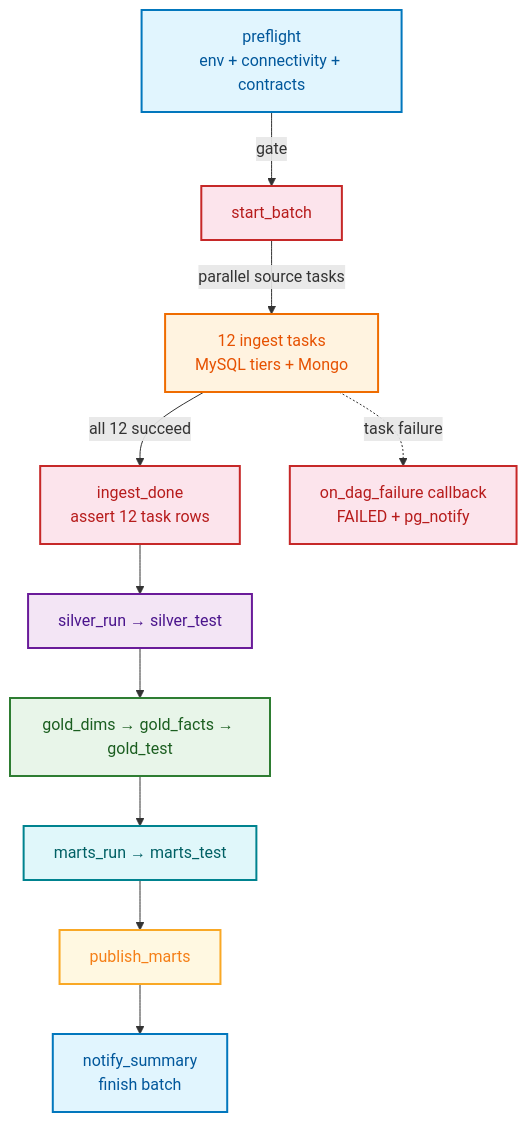
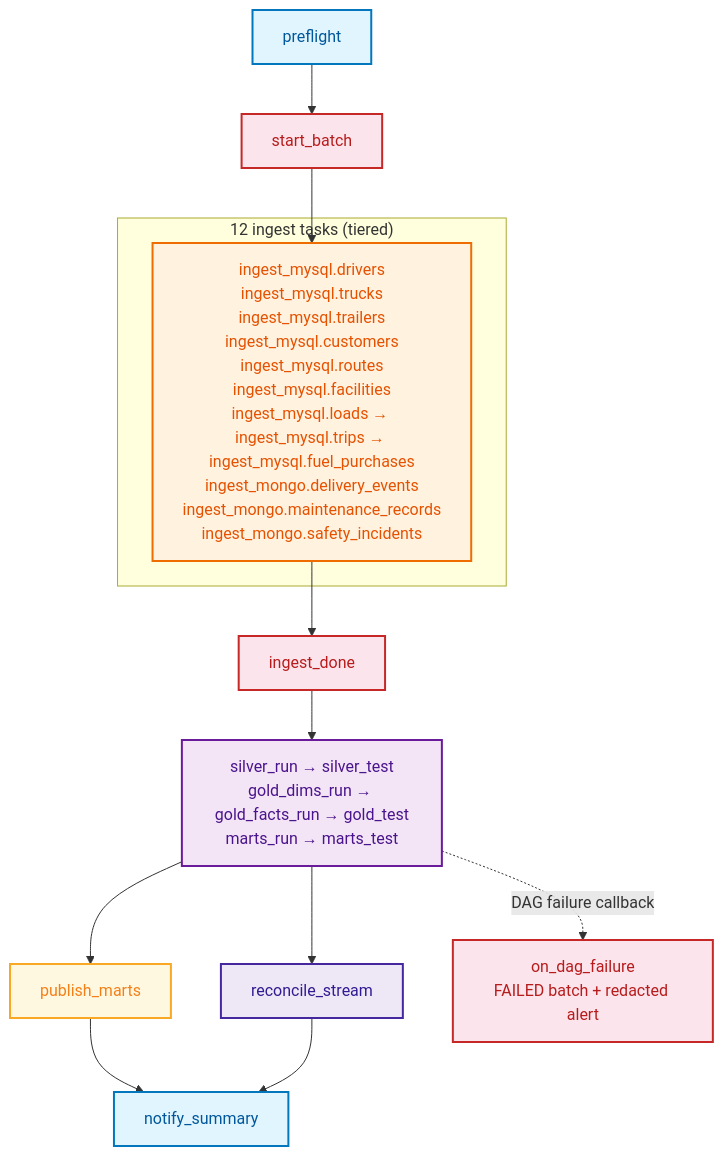
The second of 2 diagrams in README.md (Nitinx12/Fleet-dbt-warehouse), drawn with Mermaid before and after one commit. The commit also changed other lines of this file and 1 other file, not shown here.

Commit message:
docs(readme): polish overview and diagrams

````diff
--- a/README.md
+++ b/README.md
@@ -241,31 +114,26 @@
 ```mermaid
 flowchart TD
-    classDef orchestration fill:#e1f5fe,stroke:#0277bd,stroke-width:2px,color:#01579b
-    classDef control fill:#fce4ec,stroke:#c62828,stroke-width:2px,color:#b71c1c
-    classDef bronze fill:#fff3e0,stroke:#ef6c00,stroke-width:2px,color:#e65100
-    classDef silver fill:#f3e5f5,stroke:#6a1b9a,stroke-width:2px,color:#4a148c
-    classDef gold fill:#e8f5e9,stroke:#2e7d32,stroke-width:2px,color:#1b5e20
-    classDef marts fill:#e0f7fa,stroke:#00838f,stroke-width:2px,color:#006064
-    classDef serving fill:#fff8e1,stroke:#f9a825,stroke-width:2px,color:#f57f17
-
-    PF["preflight<br/>env + connectivity + contracts"]:::orchestration
-    SB["start_batch"]:::control
-    ING["12 ingest tasks<br/>MySQL tiers + Mongo"]:::bronze
-    ID["ingest_done<br/>assert 12 task rows"]:::control
-    S1["silver_run → silver_test"]:::silver
-    G1["gold_dims → gold_facts → gold_test"]:::gold
-    M1["marts_run → marts_test"]:::marts
-    PUB["publish_marts"]:::serving
-    NS["notify_summary<br/>finish batch"]:::orchestration
-    FAIL["on_dag_failure callback<br/>FAILED + pg_notify"]:::control
-
-    PF -->|"gate"| SB
-    SB -->|"parallel source tasks"| ING
-    ING -->|"all 12 succeed"| ID
-    ID --> S1
-    S1 --> G1
-    G1 --> M1
-    M1 --> PUB
-    PUB --> NS
-    ING -.->|"task failure"| FAIL
+  classDef orch fill:#e1f5fe,stroke:#0277bd,stroke-width:2px,color:#01579b
+  classDef bronze fill:#fff3e0,stroke:#ef6c00,stroke-width:2px,color:#e65100
+  classDef silver fill:#f3e5f5,stroke:#6a1b9a,stroke-width:2px,color:#4a148c
+  classDef bi fill:#fff8e1,stroke:#f9a825,stroke-width:2px,color:#f57f17
+  classDef ctrl fill:#fce4ec,stroke:#c62828,stroke-width:2px,color:#b71c1c
+  classDef speed fill:#ede7f6,stroke:#4527a0,stroke-width:2px,color:#311b92
+  PF["preflight"]:::orch
+  SB["start_batch"]:::ctrl
+  subgraph ingest["12 ingest tasks (tiered)"]
+    ING["ingest_mysql.drivers<br/>ingest_mysql.trucks<br/>ingest_mysql.trailers<br/>ingest_mysql.customers<br/>ingest_mysql.routes<br/>ingest_mysql.facilities<br/>ingest_mysql.loads → ingest_mysql.trips → ingest_mysql.fuel_purchases<br/>ingest_mongo.delivery_events<br/>ingest_mongo.maintenance_records<br/>ingest_mongo.safety_incidents"]:::bronze
+  end
+  ID["ingest_done"]:::ctrl
+  DBT["silver_run → silver_test<br/>gold_dims_run → gold_facts_run → gold_test<br/>marts_run → marts_test"]:::silver
+  PUB["publish_marts"]:::bi
+  REC["reconcile_stream"]:::speed
+  NS["notify_summary"]:::orch
+  FAIL["on_dag_failure<br/>FAILED batch + redacted alert"]:::ctrl
+  PF --> SB
+  SB --> ING --> ID
+  ID --> DBT
+  DBT --> PUB --> NS
+  DBT --> REC --> NS
+  DBT -. "DAG failure callback" .-> FAIL
 ```
````
